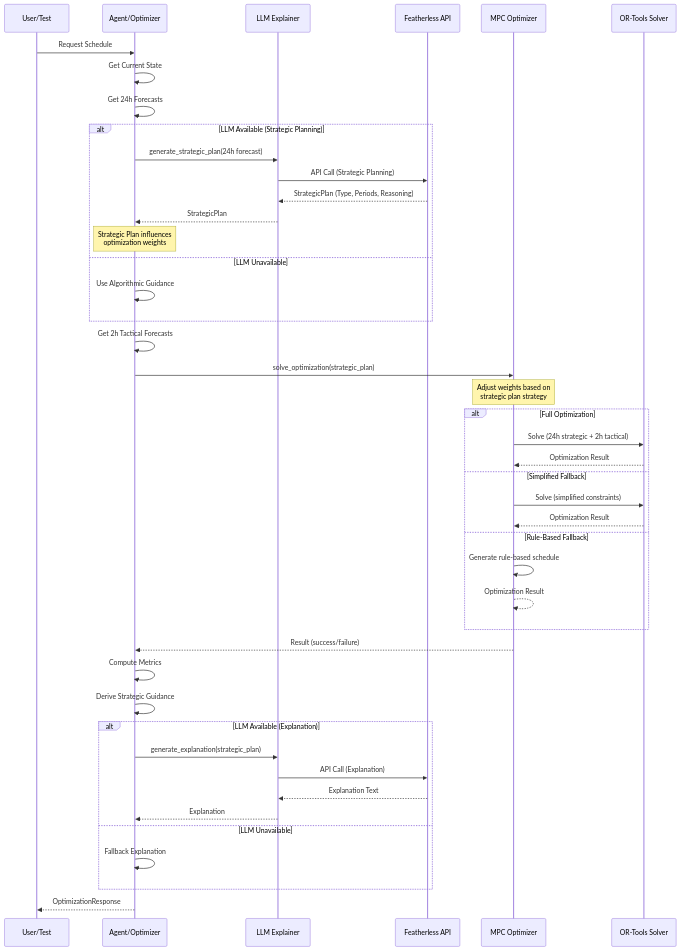
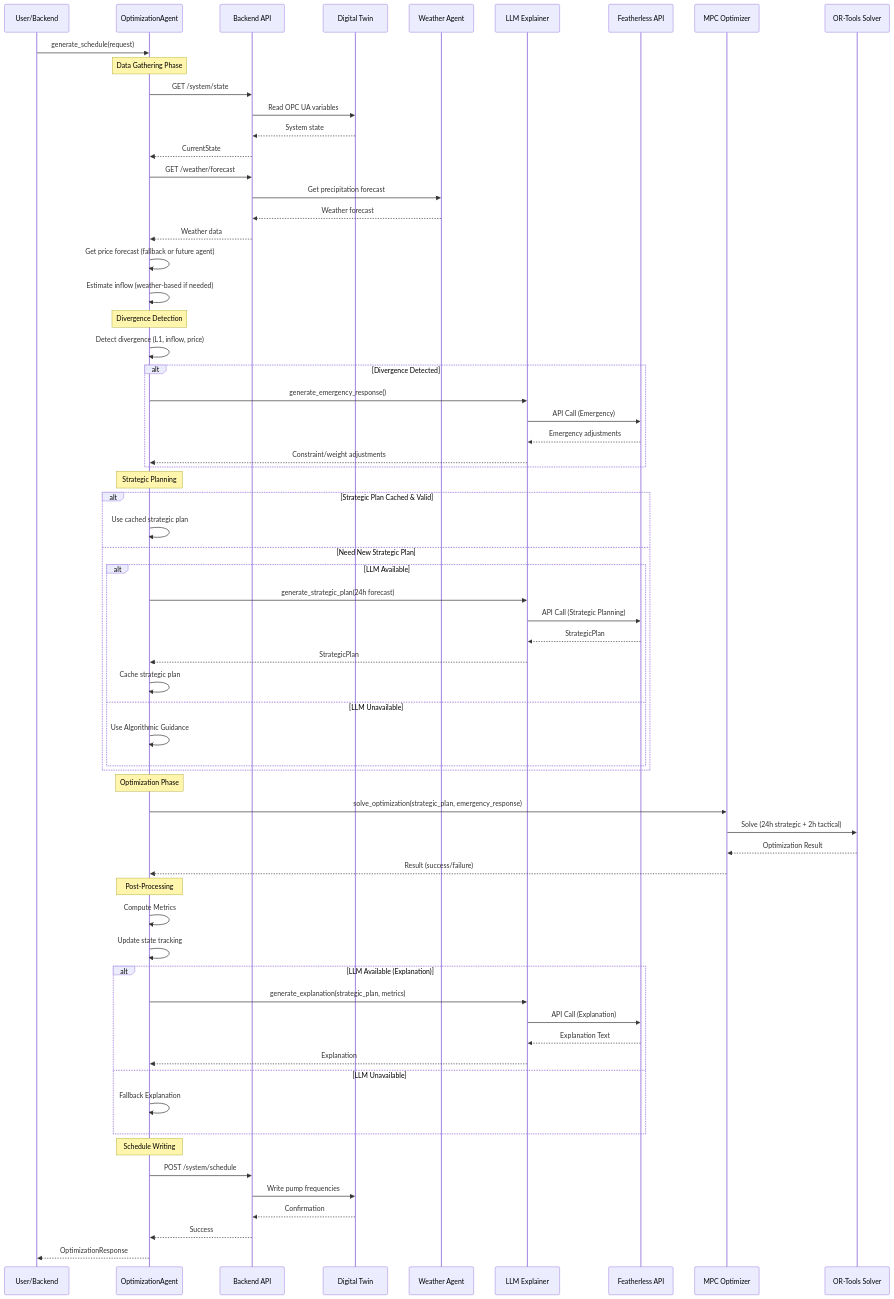
The second of 12 diagrams in agents/optimizer_agent/ARCHITECTURE.md (alexha11/Junction-2025), drawn with Mermaid before and after one commit. The commit also changed other lines of this file and 36 other files, not shown here.

````diff
--- a/agents/optimizer_agent/ARCHITECTURE.md
+++ b/agents/optimizer_agent/ARCHITECTURE.md
@@ -69,55 +93,79 @@
 ```mermaid
 sequenceDiagram
-    participant User/Test
-    participant Agent/Optimizer
-    participant LLM Explainer
-    participant Featherless API
-    participant MPC Optimizer
-    participant OR-Tools Solver
+    participant User/Backend
+    participant Agent as OptimizationAgent
+    participant Backend as Backend API
+    participant DigitalTwin as Digital Twin
+    participant Weather as Weather Agent
+    participant LLM as LLM Explainer
+    participant Featherless as Featherless API
+    participant Optimizer as MPC Optimizer
+    participant Solver as OR-Tools Solver
 
-    User/Test->>Agent/Optimizer: Request Schedule
-    Agent/Optimizer->>Agent/Optimizer: Get Current State
-    Agent/Optimizer->>Agent/Optimizer: Get 24h Forecasts
+    User/Backend->>Agent: generate_schedule(request)
     
-    alt LLM Available (Strategic Planning)
-        Agent/Optimizer->>LLM Explainer: generate_strategic_plan(24h forecast)
-        LLM Explainer->>Featherless API: API Call (Strategic Planning)
-        Featherless API-->>LLM Explainer: StrategicPlan (Type, Periods, Reasoning)
-        LLM Explainer-->>Agent/Optimizer: StrategicPlan
-        Note over Agent/Optimizer: Strategic Plan influences<br/>optimization weights
-    else LLM Unavailable
-        Agent/Optimizer->>Agent/Optimizer: Use Algorithmic Guidance
+    Note over Agent: Data Gathering Phase
+    Agent->>Backend: GET /system/state
+    Backend->>DigitalTwin: Read OPC UA variables
+    DigitalTwin-->>Backend: System state
+    Backend-->>Agent: CurrentState
+    
+    Agent->>Backend: GET /weather/forecast
+    Backend->>Weather: Get precipitation forecast
+    Weather-->>Backend: Weather forecast
+    Backend-->>Agent: Weather data
+    
+    Agent->>Agent: Get price forecast (fallback or future agent)
+    Agent->>Agent: Estimate inflow (weather-based if needed)
+    
+    Note over Agent: Divergence Detection
+    Agent->>Agent: Detect divergence (L1, inflow, price)
+    alt Divergence Detected
+        Agent->>LLM: generate_emergency_response()
+        LLM->>Featherless: API Call (Emergency)
+        Featherless-->>LLM: Emergency adjustments
+        LLM-->>Agent: Constraint/weight adjustments
     end
     
-    Agent/Optimizer->>Agent/Optimizer: Get 2h Tactical Forecasts
-    Agent/Optimizer->>MPC Optimizer: solve_optimization(strategic_plan)
-    
-    Note over MPC Optimizer: Adjust weights based on<br/>strategic plan strategy
-    
-    alt Full Optimization
-        MPC Optimizer->>OR-Tools Solver: Solve (24h strategic + 2h tactical)
-        OR-Tools Solver-->>MPC Optimizer: Optimization Result
-    else Simplified Fallback
-        MPC Optimizer->>OR-Tools Solver: Solve (simplified constraints)
-        OR-Tools Solver-->>MPC Optimizer: Optimization Result
-    else Rule-Based Fallback
-        MPC Optimizer->>MPC Optimizer: Generate rule-based schedule
-        MPC Optimizer-->>MPC Optimizer: Optimization Result
+    Note over Agent: Strategic Planning
+    alt Strategic Plan Cached & Valid
+        Agent->>Agent: Use cached strategic plan
+    else Need New Strategic Plan
+        alt LLM Available
+            Agent->>LLM: generate_strategic_plan(24h forecast)
+            LLM->>Featherless: API Call (Strategic Planning)
+            Featherless-->>LLM: StrategicPlan
+            LLM-->>Agent: StrategicPlan
+            Agent->>Agent: Cache strategic plan
+        else LLM Unavailable
+            Agent->>Agent: Use Algorithmic Guidance
+        end
     end
     
-    MPC Optimizer-->>Agent/Optimizer: Result (success/failure)
+    Note over Agent: Optimization Phase
+    Agent->>Optimizer: solve_optimization(strategic_plan, emergency_response)
+    Optimizer->>Solver: Solve (24h strategic + 2h tactical)
+    Solver-->>Optimizer: Optimization Result
+    Optimizer-->>Agent: Result (success/failure)
     
-    Agent/Optimizer->>Agent/Optimizer: Compute Metrics
-    Agent/Optimizer->>Agent/Optimizer: Derive Strategic Guidance
+    Note over Agent: Post-Processing
+    Agent->>Agent: Compute Metrics
+    Agent->>Agent: Update state tracking
     
     alt LLM Available (Explanation)
-        Agent/Optimizer->>LLM Explainer: generate_explanation(strategic_plan)
-        LLM Explainer->>Featherless API: API Call (Explanation)
-        Featherless API-->>LLM Explainer: Explanation Text
-        LLM Explainer-->>Agent/Optimizer: Explanation
+        Agent->>LLM: generate_explanation(strategic_plan, metrics)
+        LLM->>Featherless: API Call (Explanation)
+        Featherless-->>LLM: Explanation Text
+        LLM-->>Agent: Explanation
     else LLM Unavailable
-        Agent/Optimizer->>Agent/Optimizer: Fallback Explanation
+        Agent->>Agent: Fallback Explanation
     end
     
-    Agent/Optimizer-->>User/Test: OptimizationResponse
+    Note over Agent: Schedule Writing
+    Agent->>Backend: POST /system/schedule
+    Backend->>DigitalTwin: Write pump frequencies
+    DigitalTwin-->>Backend: Confirmation
+    Backend-->>Agent: Success
+    
+    Agent-->>User/Backend: OptimizationResponse
 ```
````
